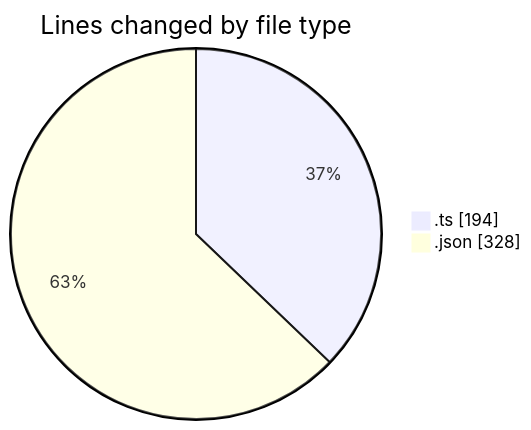
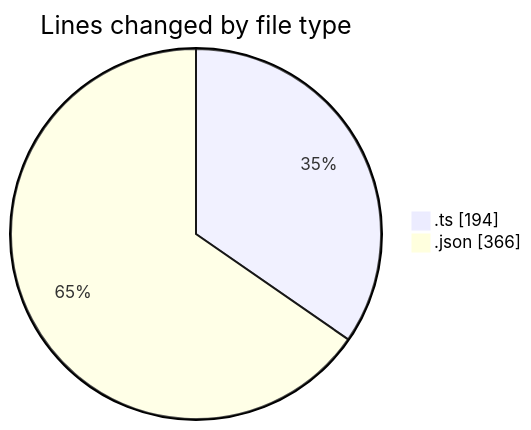
Before and after one commit to momahboobian/code-tracking: the first of 2 diagrams in 2025-10-27/cda/README.md, drawn with Mermaid. The commit also changed other lines of this file and 1 other file, not shown here.

````diff
--- a/2025-10-27/cda/README.md
+++ b/2025-10-27/cda/README.md
@@ -23,6 +23,6 @@
 ```mermaid
 pie showData
 title Lines changed by file type
 ".ts" : 194
-".json" : 328
+".json" : 366
 ```
````
